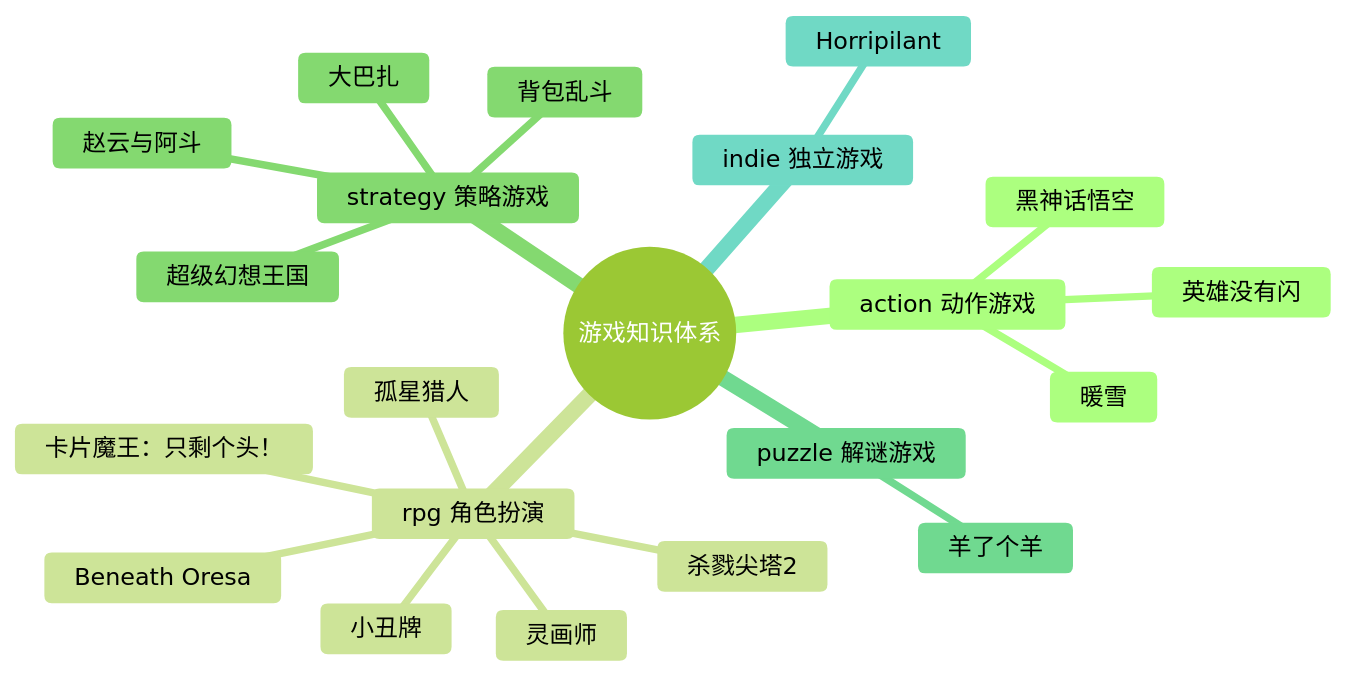
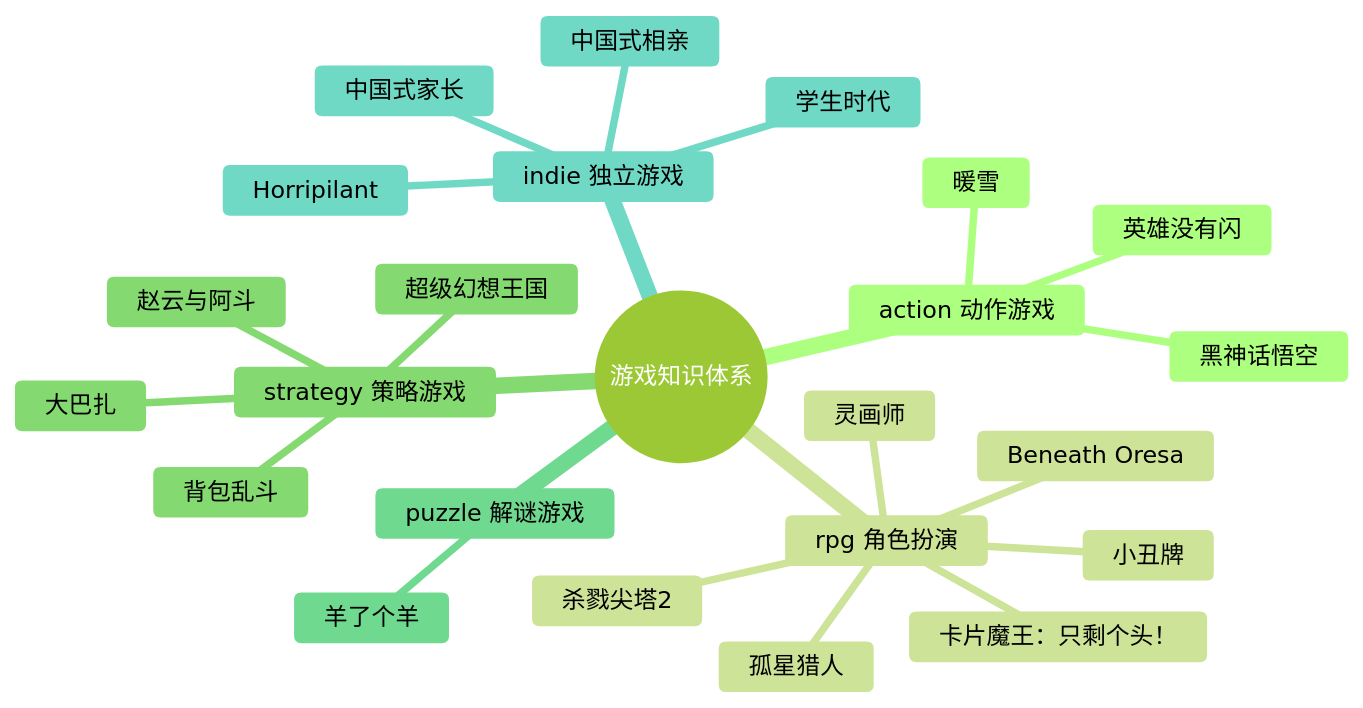
The diagram in games/游戏知识图谱.md (hongyesuifeng/readbooks), drawn with Mermaid (forest theme) before and after one commit. The commit also changed other lines of this file and 4 other files, not shown here.

First line of the commit message:
新增《中国式家长》《中国式相亲》《学生时代》游戏分析，修复Mermaid格式兼容性

````diff
--- a/games/游戏知识图谱.md
+++ b/games/游戏知识图谱.md
@@ -9,24 +9,27 @@
 ```mermaid
 mindmap
   root((游戏知识体系))
     action 动作游戏
       英雄没有闪
       暖雪
       黑神话悟空
     rpg 角色扮演
       杀戮尖塔2
       灵画师
       Beneath Oresa
       小丑牌
       孤星猎人
       卡片魔王：只剩个头！
     strategy 策略游戏
       背包乱斗
       赵云与阿斗
       大巴扎
       超级幻想王国
     puzzle 解谜游戏
       羊了个羊
     indie 独立游戏
       Horripilant
+      中国式家长
+      中国式相亲
+      学生时代
 ```
````
